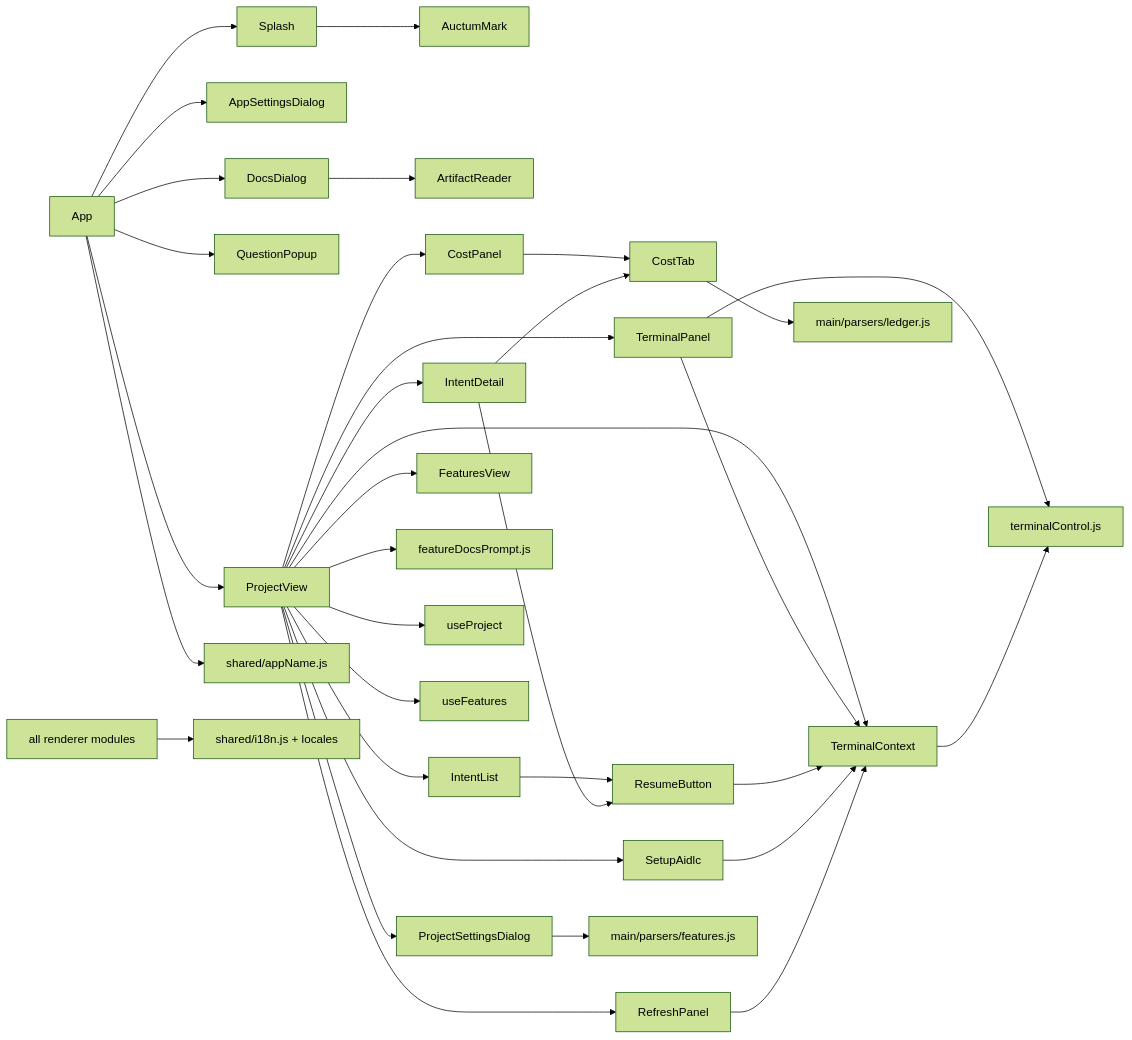
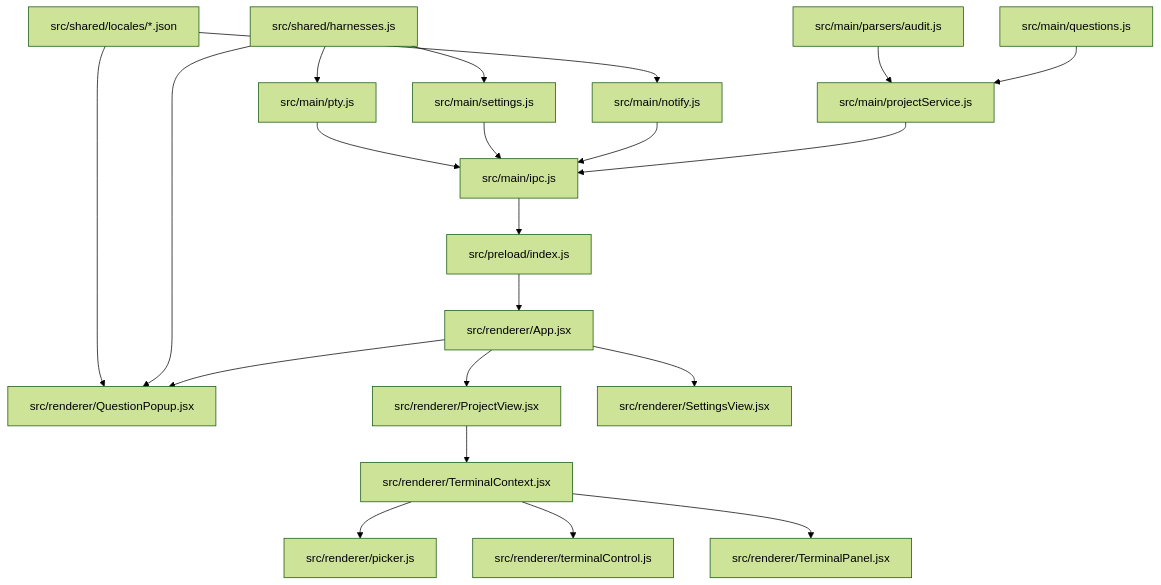
One commit to tochman/ai-dlc-thadeus changed the diagram in aidlc/spaces/default/codekb/aidlc-dash/dependencies.md. Above: the diagram before and after it, drawn with Mermaid (forest theme). The commit also changed other lines of this file and 495 other files, not shown here.

First line of the commit message:
feat(US-0506): answer Claude Code and opencode questions in a dialog, see their messages (#31)

````diff
--- a/aidlc/spaces/default/codekb/aidlc-dash/dependencies.md
+++ b/aidlc/spaces/default/codekb/aidlc-dash/dependencies.md
@@ -41,31 +54,23 @@
 ```mermaid
-flowchart LR
-  App --> Splash --> AuctumMark
-  App --> AppSettingsDialog
-  App --> DocsDialog --> ArtifactReader
-  App --> QuestionPopup
-  App --> ProjectView
-  App --> AppName["shared/appName.js"]
-  ProjectView --> TerminalProvider["TerminalContext"]
-  ProjectView --> TerminalPanel
-  ProjectView --> SetupAidlc
-  ProjectView --> ProjectSettingsDialog
-  ProjectView --> CostPanel --> CostTab
-  ProjectView --> IntentList --> ResumeButton
-  ProjectView --> IntentDetail --> CostTab
-  IntentDetail --> ResumeButton
-  ProjectView --> RefreshPanel
-  ProjectView --> FeaturesView
-  ProjectView --> FDP["featureDocsPrompt.js"]
-  ProjectView --> useProject
-  ProjectView --> useFeatures
-  TerminalPanel --> TerminalProvider
-  TerminalPanel --> TerminalControl["terminalControl.js"]
-  TerminalProvider --> TerminalControl
-  ResumeButton --> TerminalProvider
-  SetupAidlc --> TerminalProvider
-  RefreshPanel --> TerminalProvider
-  CostTab --> LedgerParser["main/parsers/ledger.js"]
-  ProjectSettingsDialog --> FeaturesParser["main/parsers/features.js"]
-  Renderer["all renderer modules"] --> SharedI18n["shared/i18n.js + locales"]
+flowchart TD
+  Q["src/main/questions.js"] --> PSV["src/main/projectService.js"]
+  AUD["src/main/parsers/audit.js"] --> PSV
+  PSV --> IPC["src/main/ipc.js"]
+  NOT["src/main/notify.js"] --> IPC
+  SET["src/main/settings.js"] --> IPC
+  PTY["src/main/pty.js"] --> IPC
+  HT["src/shared/harnesses.js"] --> PTY
+  HT --> SET
+  IPC --> PRE["src/preload/index.js"]
+  PRE --> APP["src/renderer/App.jsx"]
+  APP --> QP["src/renderer/QuestionPopup.jsx"]
+  APP --> PV["src/renderer/ProjectView.jsx"]
+  PV --> TCX["src/renderer/TerminalContext.jsx"]
+  TCX --> PK["src/renderer/picker.js"]
+  TCX --> TCL["src/renderer/terminalControl.js"]
+  TCX --> TPN["src/renderer/TerminalPanel.jsx"]
+  HT --> QP
+  APP --> SV["src/renderer/SettingsView.jsx"]
+  LOC["src/shared/locales/*.json"] --> QP
+  LOC --> NOT
 ```
````
